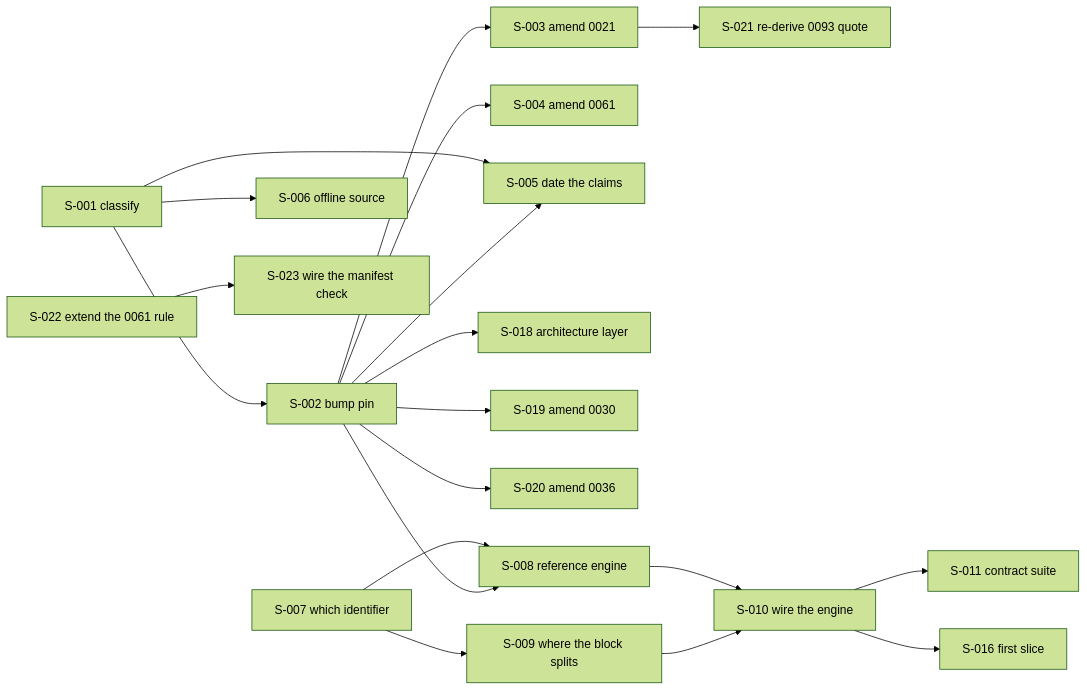
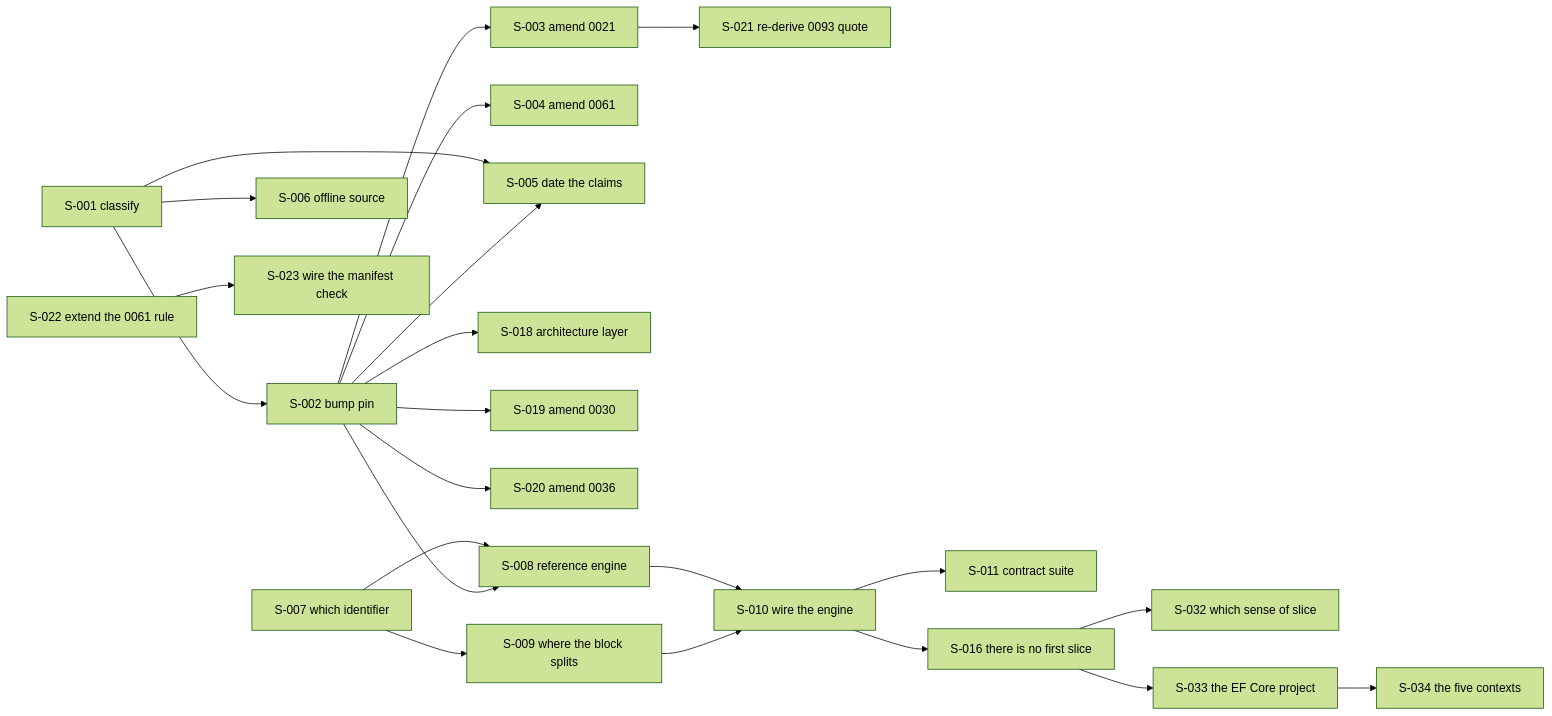
One commit to namphuongtran/nami changed the diagram in docs/SEEDS.md. Above: the diagram before and after it, drawn with Mermaid (forest theme). The commit also changed other lines of this file and 1 other file, not shown here.

````diff
--- a/docs/SEEDS.md
+++ b/docs/SEEDS.md
@@ -46,21 +58,24 @@
 ```mermaid
 graph LR
   S001[S-001 classify] --> S002[S-002 bump pin]
   S001 --> S006[S-006 offline source]
   S002 --> S003[S-003 amend 0021]
   S002 --> S004[S-004 amend 0061]
   S001 --> S005[S-005 date the claims]
   S002 --> S005
   S002 --> S018[S-018 architecture layer]
   S002 --> S019[S-019 amend 0030]
   S002 --> S020[S-020 amend 0036]
   S003 --> S021[S-021 re-derive 0093 quote]
   S022[S-022 extend the 0061 rule] --> S023[S-023 wire the manifest check]
   S007[S-007 which identifier] --> S008[S-008 reference engine]
   S002 --> S008
   S007 --> S009[S-009 where the block splits]
   S008 --> S010[S-010 wire the engine]
   S009 --> S010
   S010 --> S011[S-011 contract suite]
-  S010 --> S016[S-016 first slice]
+  S010 --> S016[S-016 there is no first slice]
+  S016 --> S032[S-032 which sense of slice]
+  S016 --> S033[S-033 the EF Core project]
+  S033 --> S034[S-034 the five contexts]
 ```
````
